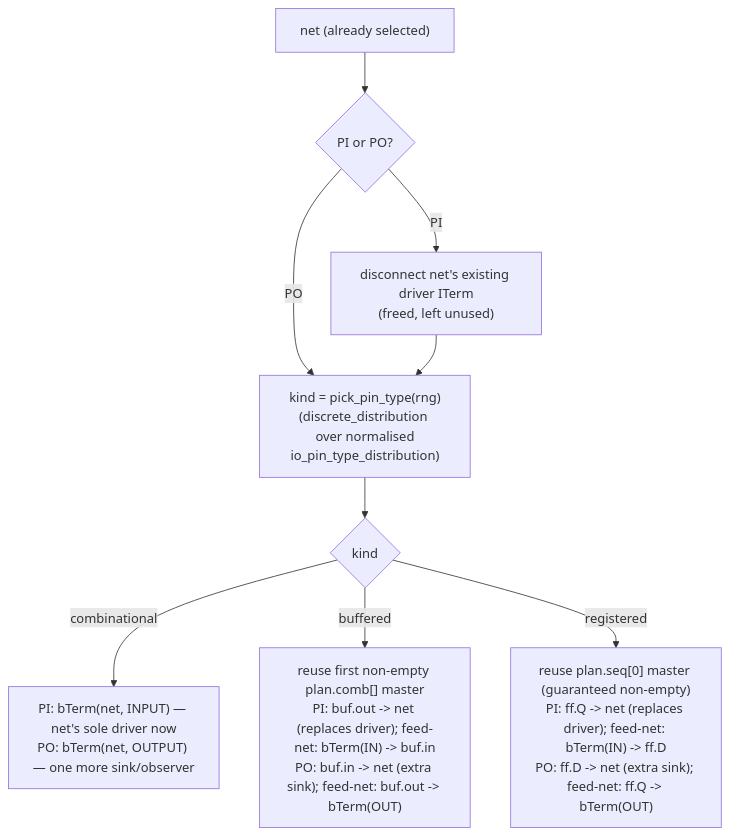
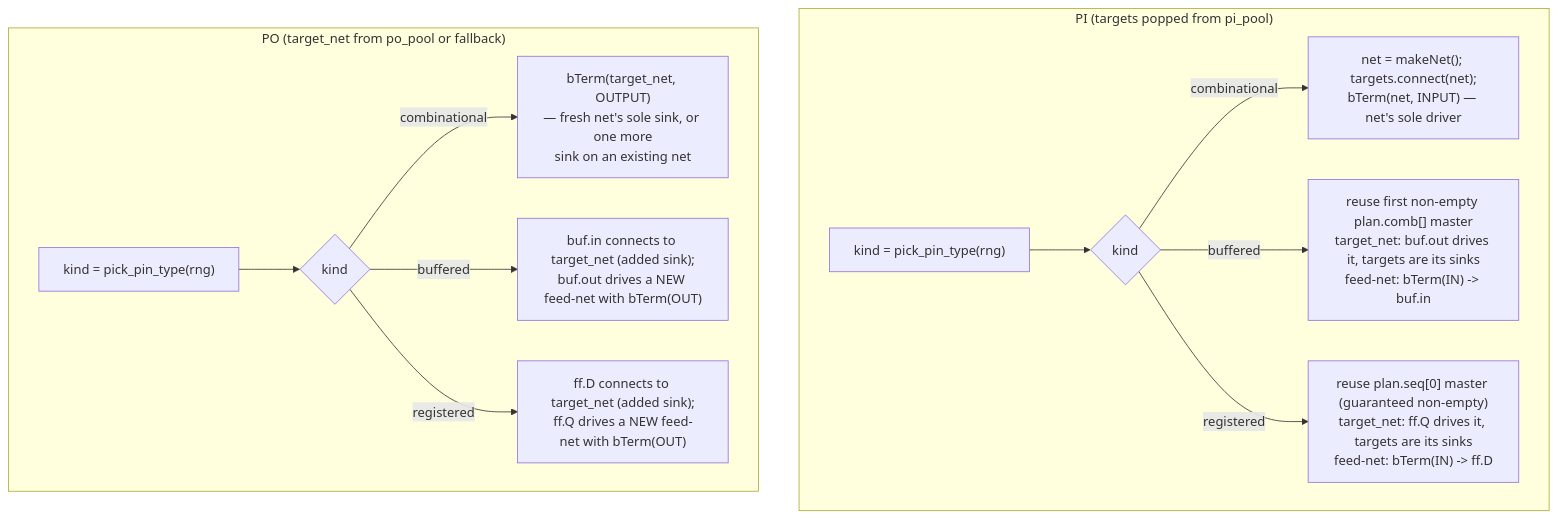
One commit to rfive88/eda-lab changed diagram 11 of 16 in src/engines/netlistgen/FLOW.md. Above: the diagram before and after it, drawn with Mermaid. The commit also changed other lines of this file and 6 other files, not shown here.

````diff
--- a/src/engines/netlistgen/FLOW.md
+++ b/src/engines/netlistgen/FLOW.md
@@ -390,11 +403,15 @@
 ```mermaid
 graph TD
-  net["net (already selected)"] --> piq{"PI or PO?"}
-  piq -->|PI| dis["disconnect net's existing driver ITerm<br/>(freed, left unused)"]
-  piq -->|PO| samp
-  dis --> samp["kind = pick_pin_type(rng)<br/>(discrete_distribution over normalised<br/>io_pin_type_distribution)"]
-  samp --> comb{"kind"}
-  comb -->|combinational| c1["PI: bTerm(net, INPUT) — net's sole driver now<br/>PO: bTerm(net, OUTPUT) — one more sink/observer"]
-  comb -->|buffered| c2["reuse first non-empty plan.comb[] master<br/>PI: buf.out -> net (replaces driver); feed-net: bTerm(IN) -> buf.in<br/>PO: buf.in -> net (extra sink); feed-net: buf.out -> bTerm(OUT)"]
-  comb -->|registered| c3["reuse plan.seq[0] master (guaranteed non-empty)<br/>PI: ff.Q -> net (replaces driver); feed-net: bTerm(IN) -> ff.D<br/>PO: ff.D -> net (extra sink); feed-net: ff.Q -> bTerm(OUT)"]
+  subgraph PI["PI (targets popped from pi_pool)"]
+    pikind["kind = pick_pin_type(rng)"] --> pic{"kind"}
+    pic -->|combinational| pc1["net = makeNet(); targets.connect(net);<br/>bTerm(net, INPUT) — net's sole driver"]
+    pic -->|buffered| pc2["reuse first non-empty plan.comb[] master<br/>target_net: buf.out drives it, targets are its sinks<br/>feed-net: bTerm(IN) -> buf.in"]
+    pic -->|registered| pc3["reuse plan.seq[0] master (guaranteed non-empty)<br/>target_net: ff.Q drives it, targets are its sinks<br/>feed-net: bTerm(IN) -> ff.D"]
+  end
+  subgraph PO["PO (target_net from po_pool or fallback)"]
+    pokind["kind = pick_pin_type(rng)"] --> poc{"kind"}
+    poc -->|combinational| oc1["bTerm(target_net, OUTPUT)<br/>— fresh net's sole sink, or one more<br/>sink on an existing net"]
+    poc -->|buffered| oc2["buf.in connects to target_net (added sink);<br/>buf.out drives a NEW feed-net with bTerm(OUT)"]
+    poc -->|registered| oc3["ff.D connects to target_net (added sink);<br/>ff.Q drives a NEW feed-net with bTerm(OUT)"]
+  end
 ```
````
